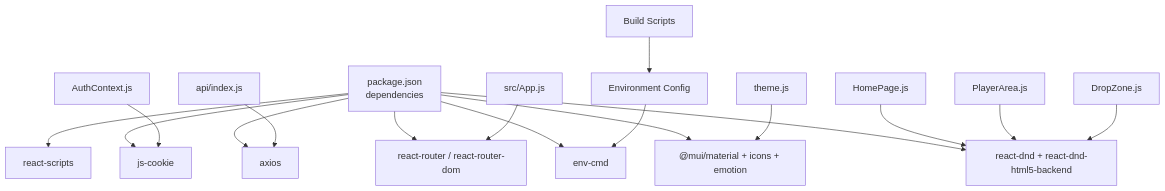
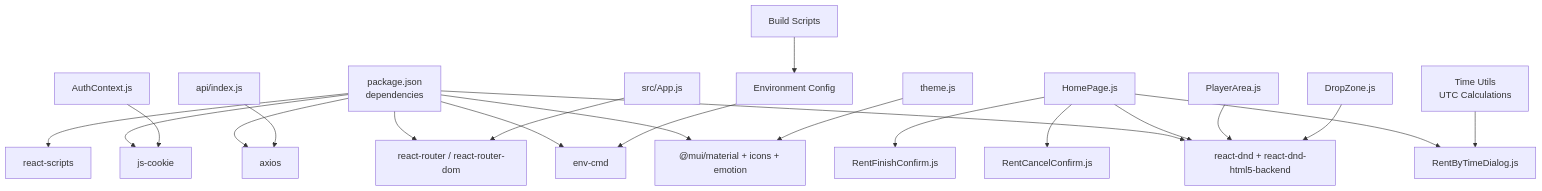
One commit to Vissel/badminton-court-management changed diagram 15 of 15 in .qoder/repowiki/en/content/Frontend Architecture.md. Above: the diagram before and after it, drawn with Mermaid. The commit also changed other lines of this file and 11 other files, not shown here.

````diff
--- a/.qoder/repowiki/en/content/Frontend Architecture.md
+++ b/.qoder/repowiki/en/content/Frontend Architecture.md
@@ -601,19 +741,23 @@
 ```mermaid
 graph TB
 PKG["package.json<br/>dependencies"] --> RR["react-router / react-router-dom"]
 PKG --> MU["@mui/material + icons + emotion"]
 PKG --> AX["axios"]
 PKG --> DnD["react-dnd + react-dnd-html5-backend"]
 PKG --> JC["js-cookie"]
 PKG --> RS["react-scripts"]
 PKG --> EC["env-cmd"]
 APP["src/App.js"] --> RR
 AUTH["AuthContext.js"] --> JC
 API["api/index.js"] --> AX
 HOME["HomePage.js"] --> DnD
+HOME --> RENT["RentByTimeDialog.js"]
+HOME --> RC["RentCancelConfirm.js"]
+HOME --> RF["RentFinishConfirm.js"]
 THEME["theme.js"] --> MU
 PLAYER["PlayerArea.js"] --> DnD
 DROPZONE["DropZone.js"] --> DnD
+TIMEUTILS["Time Utils<br/>UTC Calculations"] --> RENT
 ENV["Environment Config"] --> EC
 BUILD["Build Scripts"] --> ENV
 ```
````
